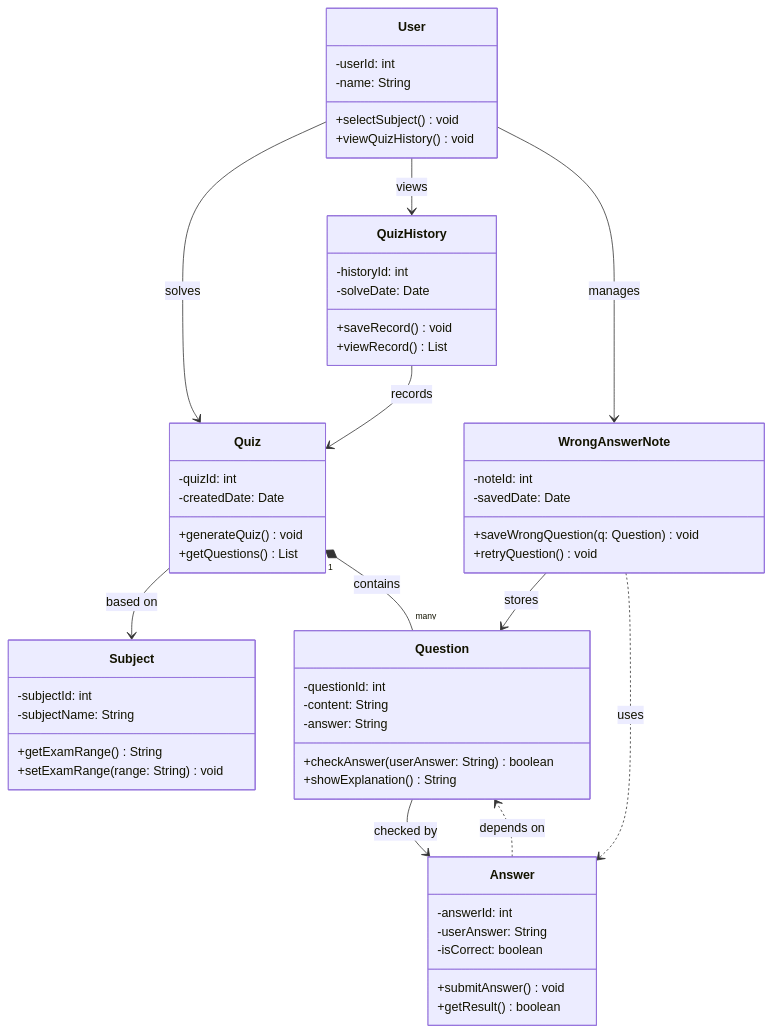
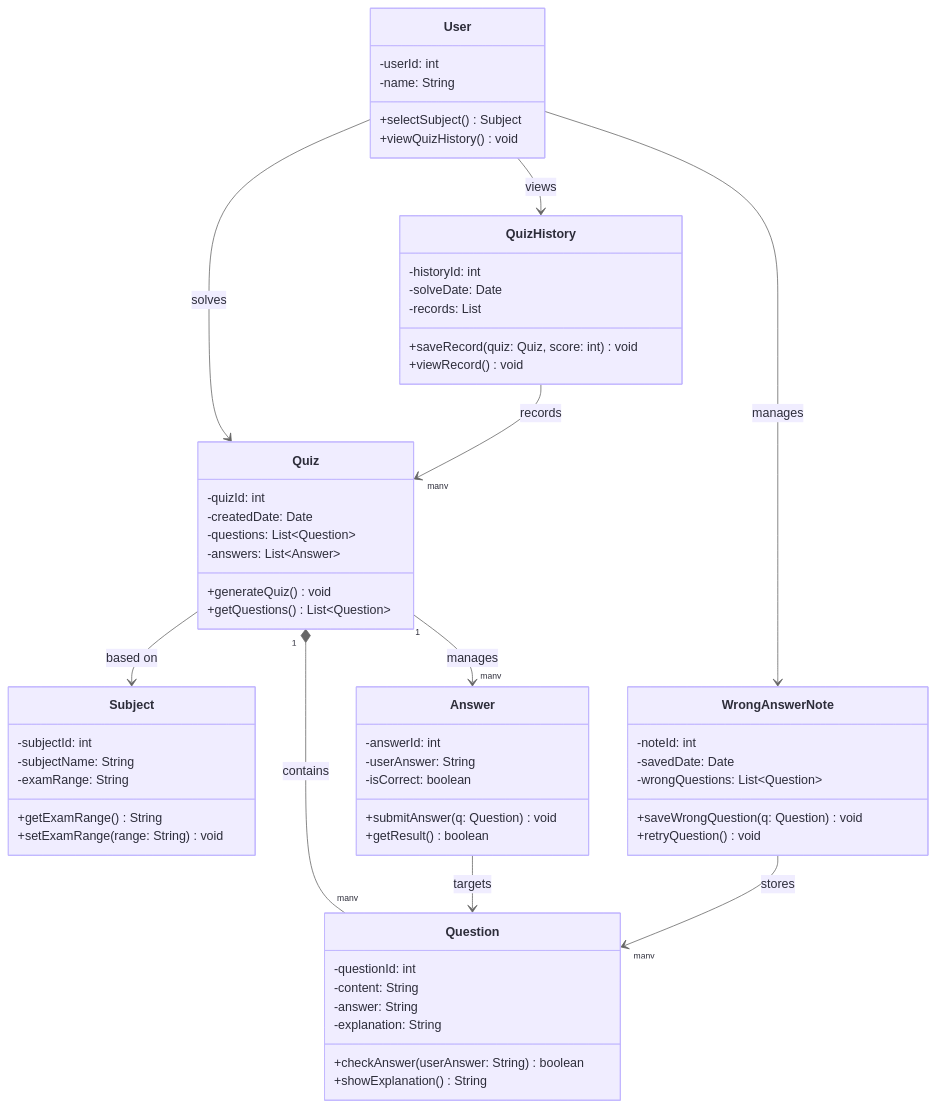
One commit to meaterick/sw-words changed the second of 2 diagrams in docs/M2/UML 다이어그램.md. Above: the diagram before and after it, drawn with Mermaid. The commit also changed other lines of this file, not shown here.

Commit message:
Update UML diagrams with new relationships and methods

````diff
--- a/docs/M2/UML 다이어그램.md
+++ b/docs/M2/UML 다이어그램.md
@@ -39,71 +38,70 @@
 ```mermaid
+%%{init: {'theme': 'base', 'themeVariables': { 'primaryColor': '#F0EDFF', 'primaryTextColor': '#2D2D3A', 'lineColor': '#666666', 'nodeBorder': '#C0B5FF'}}}%%
 classDiagram
-
 class User {
     -userId: int
     -name: String
-    +selectSubject() void
+    +selectSubject() Subject
     +viewQuizHistory() void
 }
 
 class Subject {
     -subjectId: int
     -subjectName: String
+    -examRange: String
     +getExamRange() String
     +setExamRange(range: String) void
 }
 
 class Quiz {
     -quizId: int
     -createdDate: Date
+    -questions: List~Question~
+    -answers: List~Answer~
     +generateQuiz() void
-    +getQuestions() List<Question>
+    +getQuestions() List~Question~
 }
 
 class Question {
     -questionId: int
     -content: String
     -answer: String
+    -explanation: String
     +checkAnswer(userAnswer: String) boolean
     +showExplanation() String
 }
 
 class Answer {
     -answerId: int
     -userAnswer: String
     -isCorrect: boolean
-    +submitAnswer() void
+    +submitAnswer(q: Question) void
     +getResult() boolean
 }
 
 class WrongAnswerNote {
     -noteId: int
     -savedDate: Date
+    -wrongQuestions: List~Question~
     +saveWrongQuestion(q: Question) void
     +retryQuestion() void
 }
 
 class QuizHistory {
     -historyId: int
     -solveDate: Date
-    +saveRecord() void
-    +viewRecord() List<Quiz>
+    -records: List
+    +saveRecord(quiz: Quiz, score: int) void
+    +viewRecord() void
 }
 
-%% 관계 정의
 User --> Quiz : solves
 User --> QuizHistory : views
 User --> WrongAnswerNote : manages
-
 Quiz --> Subject : based on
 Quiz "1" *-- "many" Question : contains
-
-Question --> Answer : checked by
-
-WrongAnswerNote --> Question : stores
-
-QuizHistory --> Quiz : records
-
-Answer ..> Question : depends on
-WrongAnswerNote ..> Answer : uses
+Quiz "1" --> "many" Answer : manages
+Answer --> Question : targets
+WrongAnswerNote --> "many" Question : stores
+QuizHistory --> "many" Quiz : records
 ```
````
